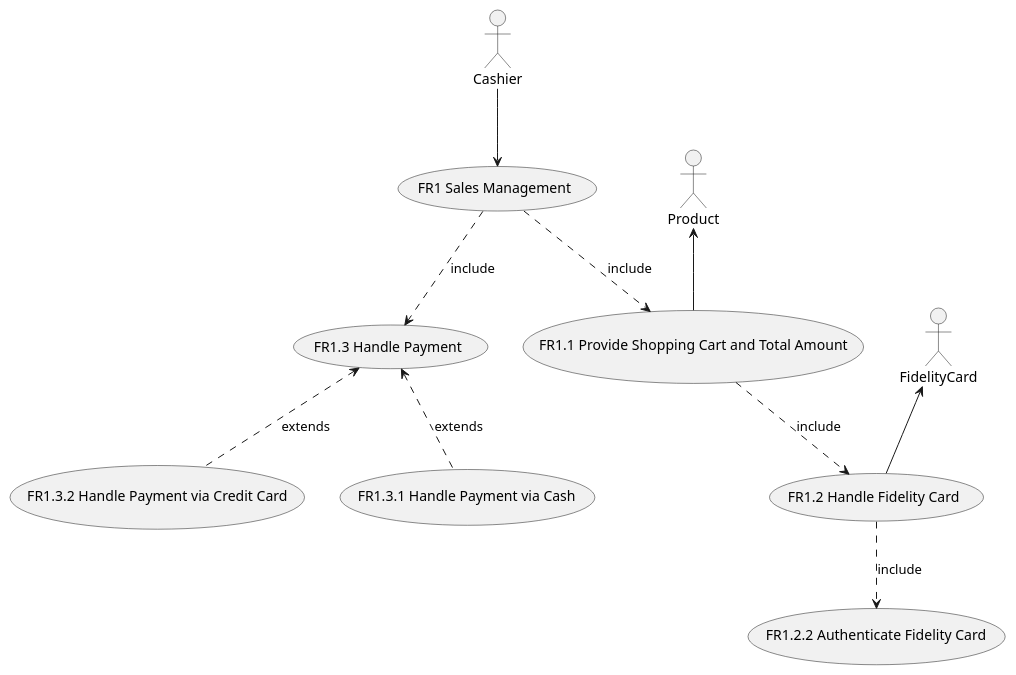
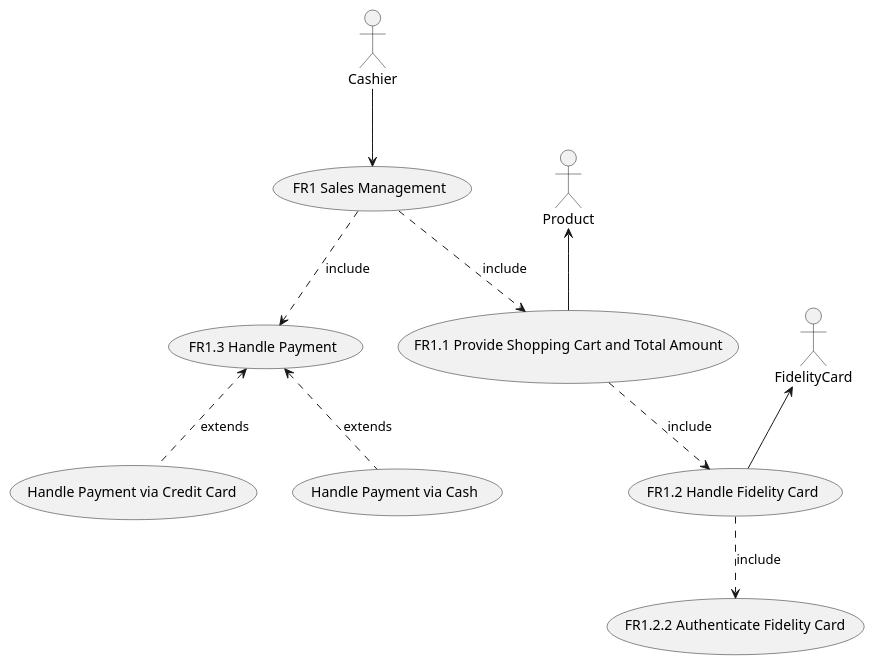
One commit to Stormz4/group20-EzShop changed the third of 11 diagrams in Deliverables/RequirementsDocument.md. Above: the diagram before and after it, drawn with PlantUML. The commit also changed other lines of this file, not shown here.

```diff
--- a/Deliverables/RequirementsDocument.md
+++ b/Deliverables/RequirementsDocument.md
@@ -279,11 +274,11 @@
 @startuml
 :Cashier:     --> (FR1 Sales Management)
 :Product:     <-- (FR1.1 Provide Shopping Cart and Total Amount)
 :FidelityCard: <-- (FR1.2 Handle Fidelity Card)
 (FR1 Sales Management) ..> (FR1.1 Provide Shopping Cart and Total Amount) : include
 (FR1.1 Provide Shopping Cart and Total Amount) ..> (FR1.2 Handle Fidelity Card) : include
 (FR1.2 Handle Fidelity Card) ..> (FR1.2.2 Authenticate Fidelity Card) : include
 (FR1 Sales Management) ..> (FR1.3 Handle Payment) : include
-(FR1.3 Handle Payment) <.. (FR1.3.1 Handle Payment via Cash) : extends
-(FR1.3 Handle Payment) <.. (FR1.3.2 Handle Payment via Credit Card) : extends
+(FR1.3 Handle Payment) <.. (Handle Payment via Cash) : extends
+(FR1.3 Handle Payment) <.. (Handle Payment via Credit Card) : extends
 @enduml
```
